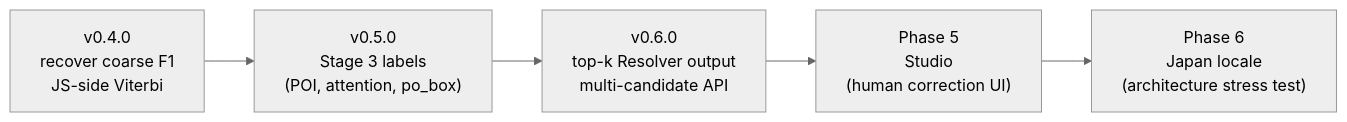
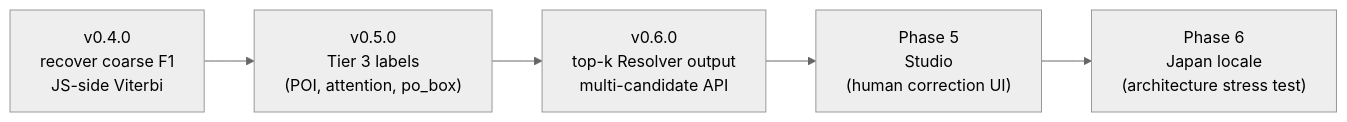
The diagram in docs/articles/understanding/how-it-will-work.md (sister-software/mailwoman), drawn with Mermaid (neutral theme) before and after one commit. The commit also changed other lines of this file and 7 other files, not shown here.

````diff
--- a/docs/articles/understanding/how-it-will-work.md
+++ b/docs/articles/understanding/how-it-will-work.md
@@ -43,9 +43,9 @@
 ```mermaid
 flowchart LR
     A["v0.4.0<br>recover coarse F1<br>JS-side Viterbi"]
-    B["v0.5.0<br>Stage 3 labels<br>(POI, attention, po_box)"]
+    B["v0.5.0<br>Tier 3 labels<br>(POI, attention, po_box)"]
     C["v0.6.0<br>top-k Resolver output<br>multi-candidate API"]
     D["Phase 5<br>Studio<br>(human correction UI)"]
     E["Phase 6<br>Japan locale<br>(architecture stress test)"]
     A --> B --> C --> D --> E
 ```
````
